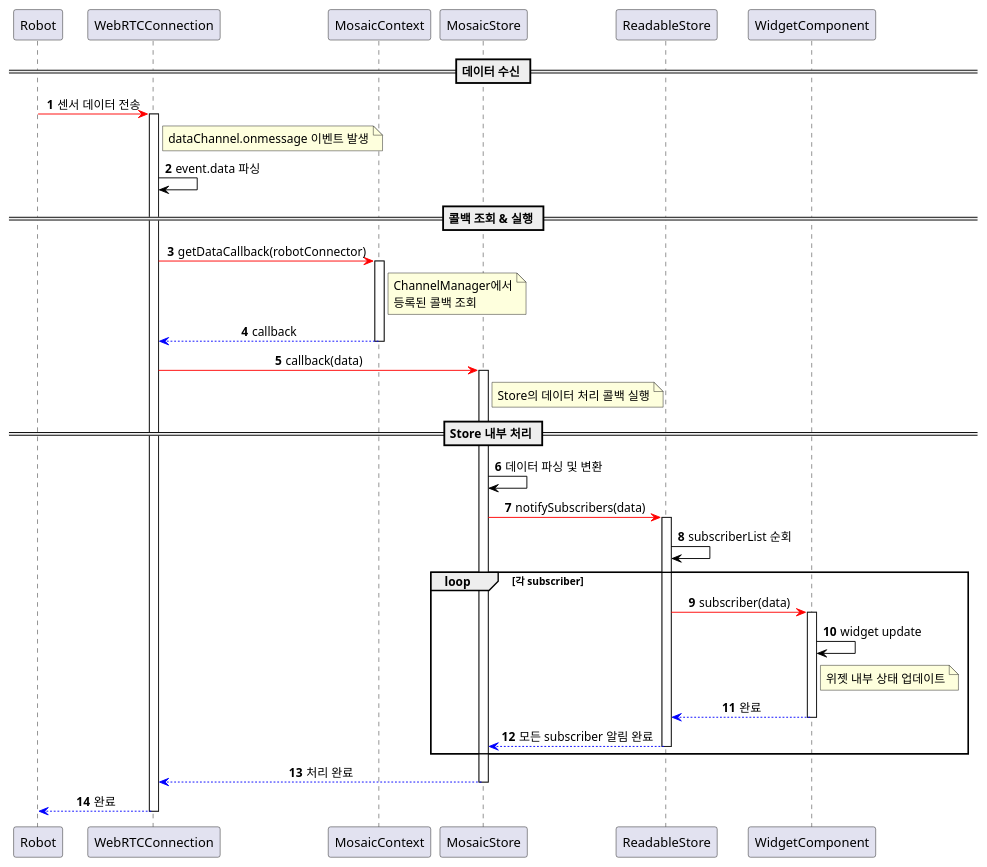
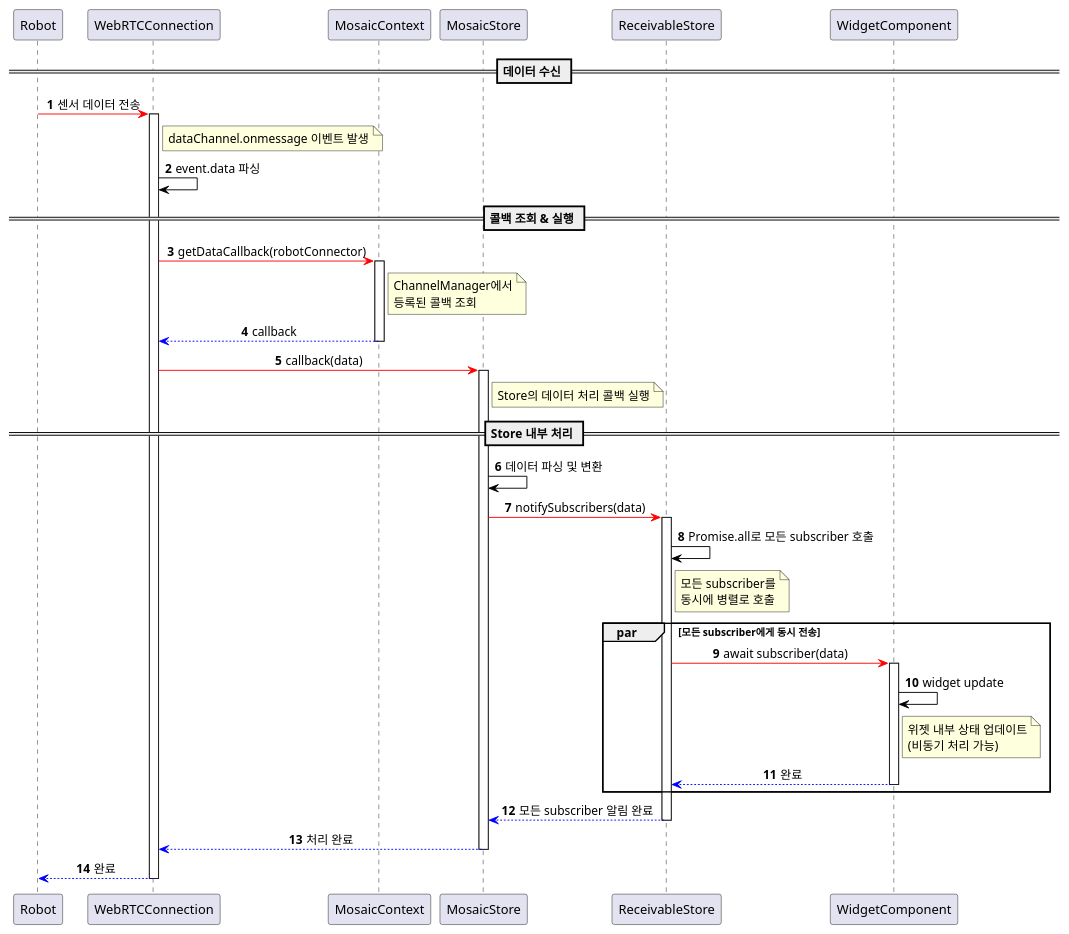
The diagram in diagram/sequence_data_receive.puml (ACSL-MOSAIC/MOSAIC-Server), drawn with PlantUML before and after one commit. The commit also changed 3 other files, not shown here.

```diff
--- a/diagram/sequence_data_receive.puml
+++ b/diagram/sequence_data_receive.puml
@@ -1,68 +1,69 @@
 @startuml
 skinparam sequenceMessageAlign center
 skinparam maxMessageSize 250
 autonumber
 
 participant "Robot" as Robot
 participant "WebRTCConnection" as WebRTCConnection
 participant "MosaicContext" as MosaicContext
 participant "MosaicStore" as MosaicStore
-participant "ReadableStore" as ReadableStore
+participant "ReceivableStore" as ReceivableStore
 participant "WidgetComponent" as WidgetComponent
 
 == 데이터 수신 ==
 
 Robot -[#red]> WebRTCConnection: 센서 데이터 전송
 
 activate WebRTCConnection
 note right of WebRTCConnection: dataChannel.onmessage 이벤트 발생
 
 WebRTCConnection -[#black]> WebRTCConnection: event.data 파싱
 
 == 콜백 조회 & 실행 ==
 
 WebRTCConnection -[#red]> MosaicContext: getDataCallback(robotConnector)
 activate MosaicContext
 
 note right of MosaicContext: ChannelManager에서\n등록된 콜백 조회
 
 MosaicContext --[#blue]> WebRTCConnection: callback
 deactivate MosaicContext
 
 
 WebRTCConnection -[#red]> MosaicStore: callback(data)
 activate MosaicStore
 note right of MosaicStore: Store의 데이터 처리 콜백 실행
 
 == Store 내부 처리 ==
 
 MosaicStore -[#black]> MosaicStore: 데이터 파싱 및 변환
 
 
-MosaicStore -[#red]> ReadableStore: notifySubscribers(data)
-activate ReadableStore
+MosaicStore -[#red]> ReceivableStore: notifySubscribers(data)
+activate ReceivableStore
 
-ReadableStore -[#black]> ReadableStore: subscriberList 순회
+ReceivableStore -[#black]> ReceivableStore: Promise.all로 모든 subscriber 호출
+note right of ReceivableStore: 모든 subscriber를\n동시에 병렬로 호출
 
-loop 각 subscriber
-  ReadableStore -[#red]> WidgetComponent: subscriber(data)
+par 모든 subscriber에게 동시 전송
+  ReceivableStore -[#red]> WidgetComponent: await subscriber(data)
   activate WidgetComponent
   
   WidgetComponent -[#black]> WidgetComponent: widget update
-  note right of WidgetComponent: 위젯 내부 상태 업데이트
+  note right of WidgetComponent: 위젯 내부 상태 업데이트\n(비동기 처리 가능)
   
-  WidgetComponent --[#blue]> ReadableStore: 완료
+  WidgetComponent --[#blue]> ReceivableStore: 완료
   deactivate WidgetComponent
 
-ReadableStore --[#blue]> MosaicStore: 모든 subscriber 알림 완료
-deactivate ReadableStore
+  deactivate WidgetComponent
+end
 
-end
+ReceivableStore --[#blue]> MosaicStore: 모든 subscriber 알림 완료
+deactivate ReceivableStore
 
 MosaicStore --[#blue]> WebRTCConnection: 처리 완료
 deactivate MosaicStore
 
 WebRTCConnection --[#blue]> Robot: 완료
 deactivate WebRTCConnection
-
 @enduml
```
